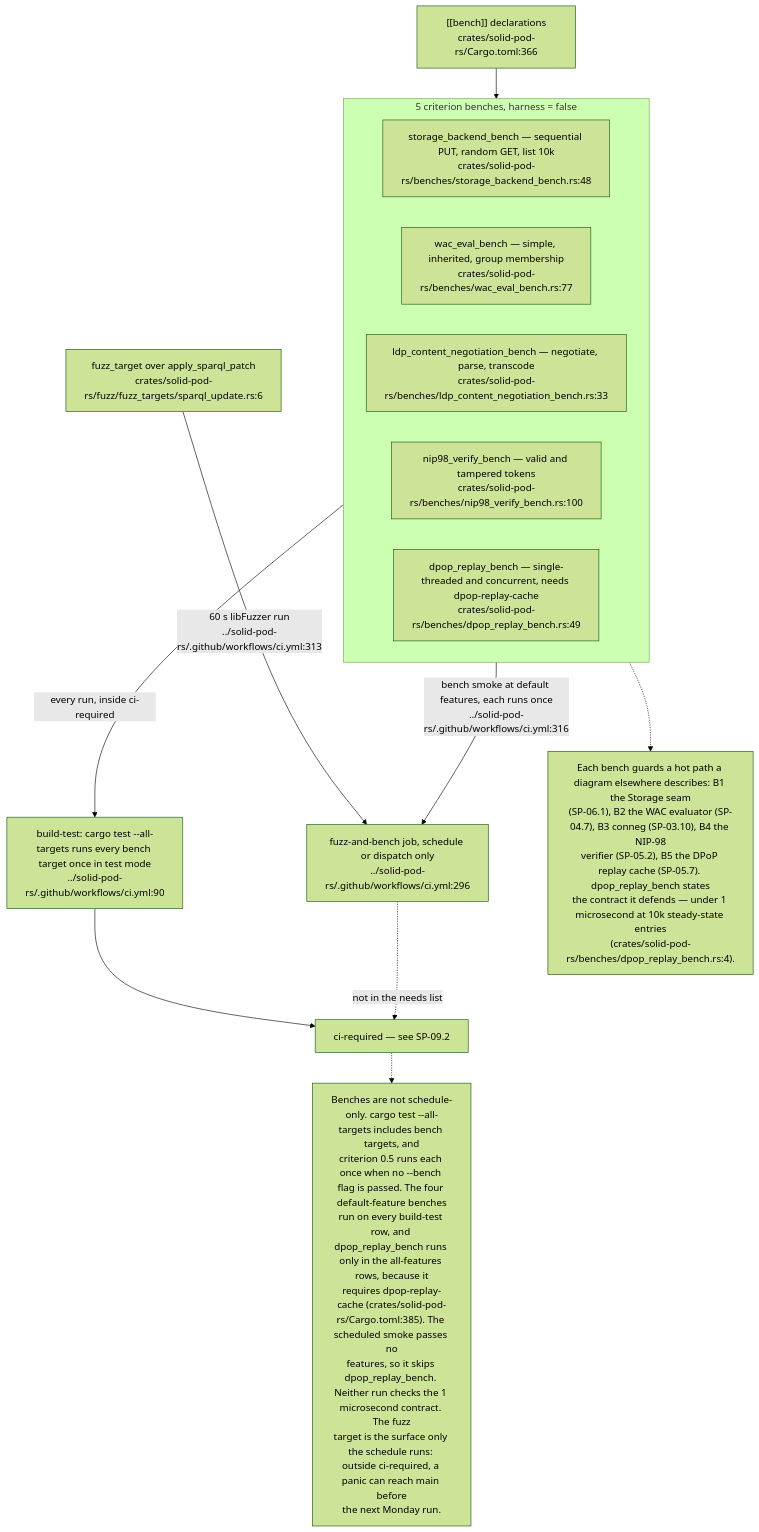
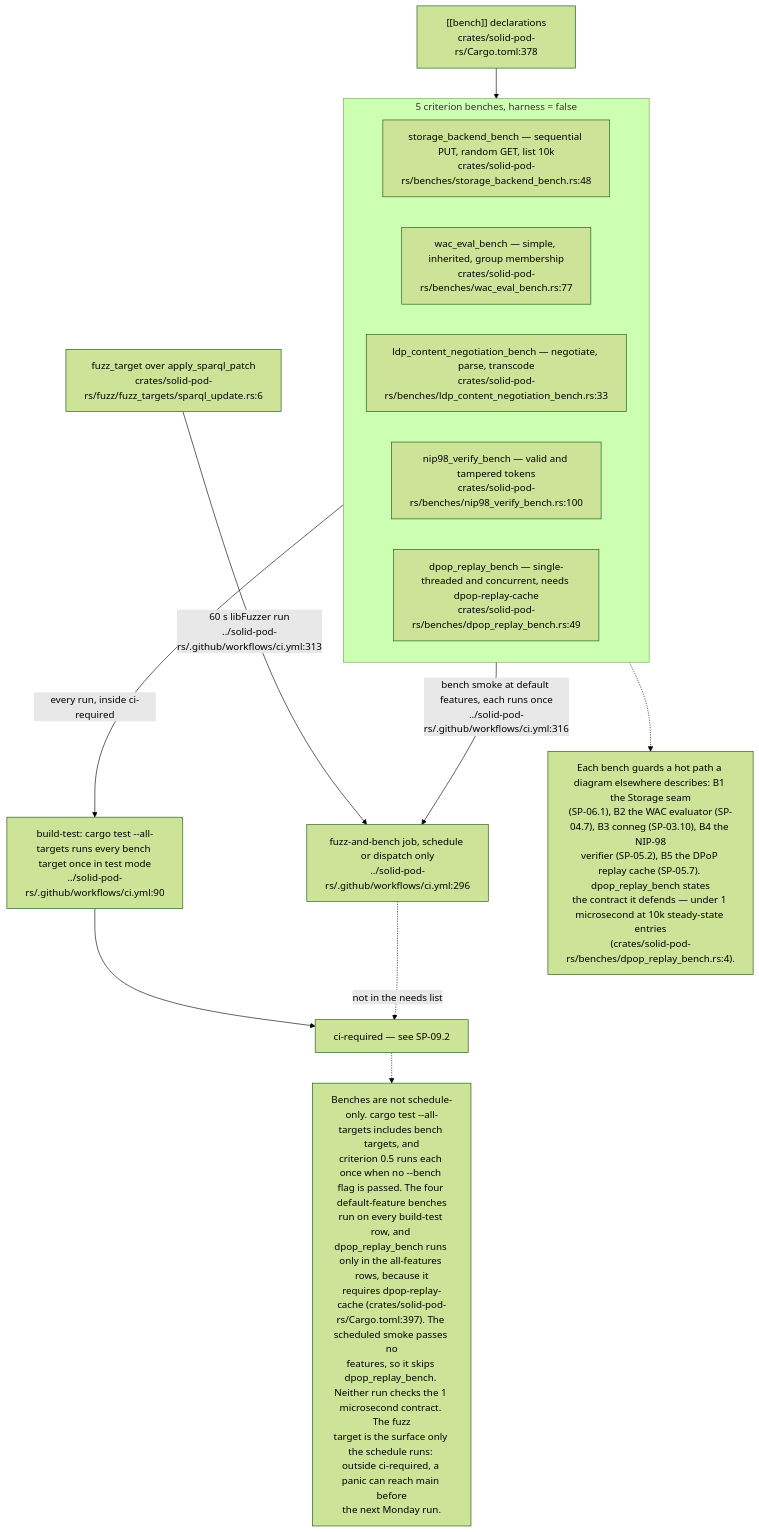
Before and after one commit to DreamLab-AI/VisionFlow: the ninth of 10 diagrams in docs/diagrams/solid-pod-rs/09-ci-release-and-consumer-pins.md, drawn with Mermaid (forest theme). The commit also changed other lines of this file, not shown here.

First line of the commit message:
docs(diagrams): SP-09 re-verified at solid-pod-rs a28a748; forum re-pinned at af4f0d5, website overlay at 567bed6

````diff
--- a/docs/diagrams/solid-pod-rs/09-ci-release-and-consumer-pins.md
+++ b/docs/diagrams/solid-pod-rs/09-ci-release-and-consumer-pins.md
@@ -313,27 +331,27 @@
 ```mermaid
 flowchart TD
     subgraph BENCH["5 criterion benches, harness = false"]
         B1["storage_backend_bench — sequential PUT, random GET, list 10k<br/>crates/solid-pod-rs/benches/storage_backend_bench.rs:48"]
         B2["wac_eval_bench — simple, inherited, group membership<br/>crates/solid-pod-rs/benches/wac_eval_bench.rs:77"]
         B3["ldp_content_negotiation_bench — negotiate, parse, transcode<br/>crates/solid-pod-rs/benches/ldp_content_negotiation_bench.rs:33"]
         B4["nip98_verify_bench — valid and tampered tokens<br/>crates/solid-pod-rs/benches/nip98_verify_bench.rs:100"]
         B5["dpop_replay_bench — single-threaded and concurrent, needs dpop-replay-cache<br/>crates/solid-pod-rs/benches/dpop_replay_bench.rs:49"]
     end
-    DECL["[[bench]] declarations<br/>crates/solid-pod-rs/Cargo.toml:366"]
+    DECL["[[bench]] declarations<br/>crates/solid-pod-rs/Cargo.toml:378"]
     PR["build-test: cargo test --all-targets runs every bench target once in test mode<br/>../solid-pod-rs/.github/workflows/ci.yml:90"]
     FUZZ["fuzz_target over apply_sparql_patch<br/>crates/solid-pod-rs/fuzz/fuzz_targets/sparql_update.rs:6"]
     CI["ci-required — see SP-09.2"]
     SCH["fuzz-and-bench job, schedule or dispatch only<br/>../solid-pod-rs/.github/workflows/ci.yml:296"]
 
     DECL --> BENCH
     BENCH -- "every run, inside ci-required" --> PR
     PR --> CI
     BENCH -- "bench smoke at default features, each runs once<br/>../solid-pod-rs/.github/workflows/ci.yml:316" --> SCH
     FUZZ -- "60 s libFuzzer run<br/>../solid-pod-rs/.github/workflows/ci.yml:313" --> SCH
     SCH -. "not in the needs list" .-> CI
 
     N["Each bench guards a hot path a diagram elsewhere describes: B1 the Storage seam<br/>(SP-06.1), B2 the WAC evaluator (SP-04.7), B3 conneg (SP-03.10), B4 the NIP-98<br/>verifier (SP-05.2), B5 the DPoP replay cache (SP-05.7). dpop_replay_bench states<br/>the contract it defends — under 1 microsecond at 10k steady-state entries<br/>(crates/solid-pod-rs/benches/dpop_replay_bench.rs:4)."]
     BENCH -.-> N
-    N2["Benches are not schedule-only. cargo test --all-targets includes bench targets, and<br/>criterion 0.5 runs each once when no --bench flag is passed. The four default-feature benches<br/>run on every build-test row, and dpop_replay_bench runs only in the all-features rows, because it<br/>requires dpop-replay-cache (crates/solid-pod-rs/Cargo.toml:385). The scheduled smoke passes no<br/>features, so it skips dpop_replay_bench. Neither run checks the 1 microsecond contract. The fuzz<br/>target is the surface only the schedule runs: outside ci-required, a panic can reach main before<br/>the next Monday run."]
+    N2["Benches are not schedule-only. cargo test --all-targets includes bench targets, and<br/>criterion 0.5 runs each once when no --bench flag is passed. The four default-feature benches<br/>run on every build-test row, and dpop_replay_bench runs only in the all-features rows, because it<br/>requires dpop-replay-cache (crates/solid-pod-rs/Cargo.toml:397). The scheduled smoke passes no<br/>features, so it skips dpop_replay_bench. Neither run checks the 1 microsecond contract. The fuzz<br/>target is the surface only the schedule runs: outside ci-required, a panic can reach main before<br/>the next Monday run."]
     CI -.-> N2
 ```
````
